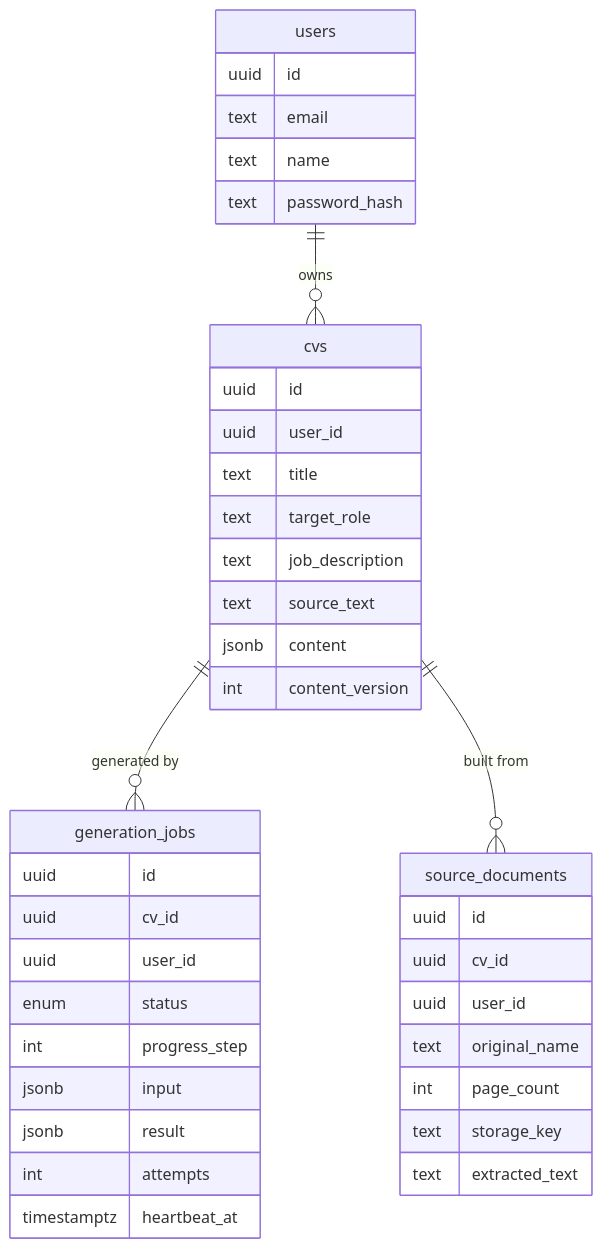
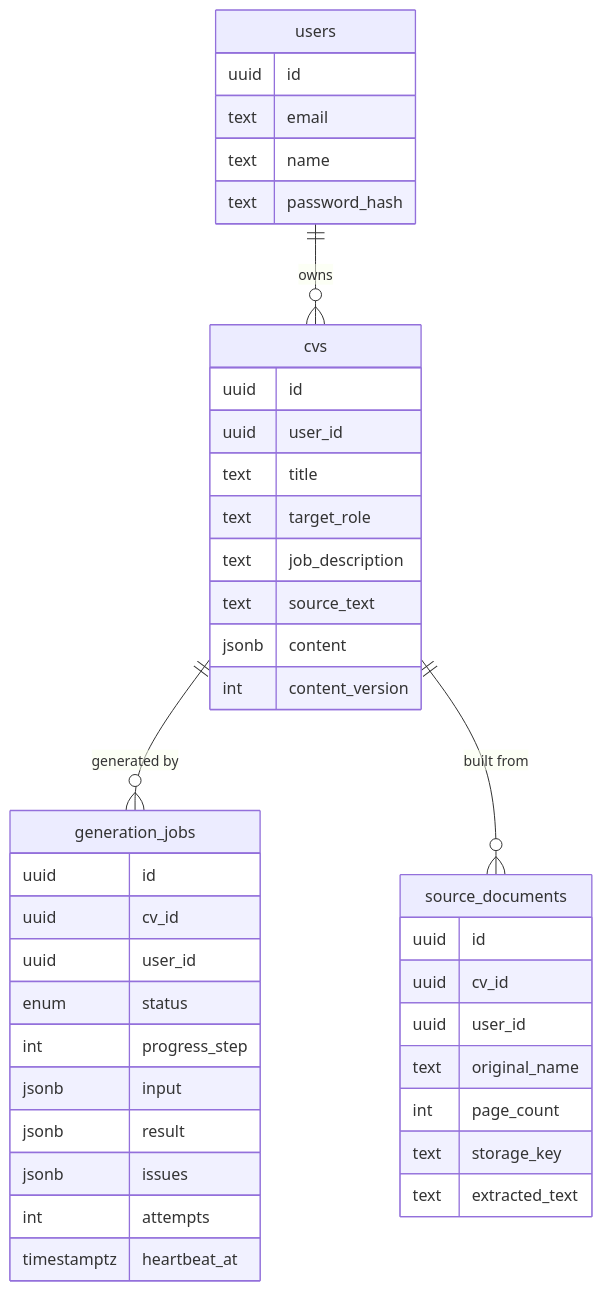
The second of 3 diagrams in README.md (maxduma/ai_cv_builder), drawn with Mermaid before and after one commit. The commit also changed other lines of this file and 31 other files, not shown here.

````diff
--- a/README.md
+++ b/README.md
@@ -176,10 +179,10 @@
 ```mermaid
 erDiagram
   users ||--o{ cvs : owns
   cvs ||--o{ generation_jobs : "generated by"
   cvs ||--o{ source_documents : "built from"
   users { uuid id  text email  text name  text password_hash }
   cvs { uuid id  uuid user_id  text title  text target_role  text job_description  text source_text  jsonb content  int content_version }
-  generation_jobs { uuid id  uuid cv_id  uuid user_id  enum status  int progress_step  jsonb input  jsonb result  int attempts  timestamptz heartbeat_at }
+  generation_jobs { uuid id  uuid cv_id  uuid user_id  enum status  int progress_step  jsonb input  jsonb result  jsonb issues  int attempts  timestamptz heartbeat_at }
   source_documents { uuid id  uuid cv_id  uuid user_id  text original_name  int page_count  text storage_key  text extracted_text }
 ```
````
